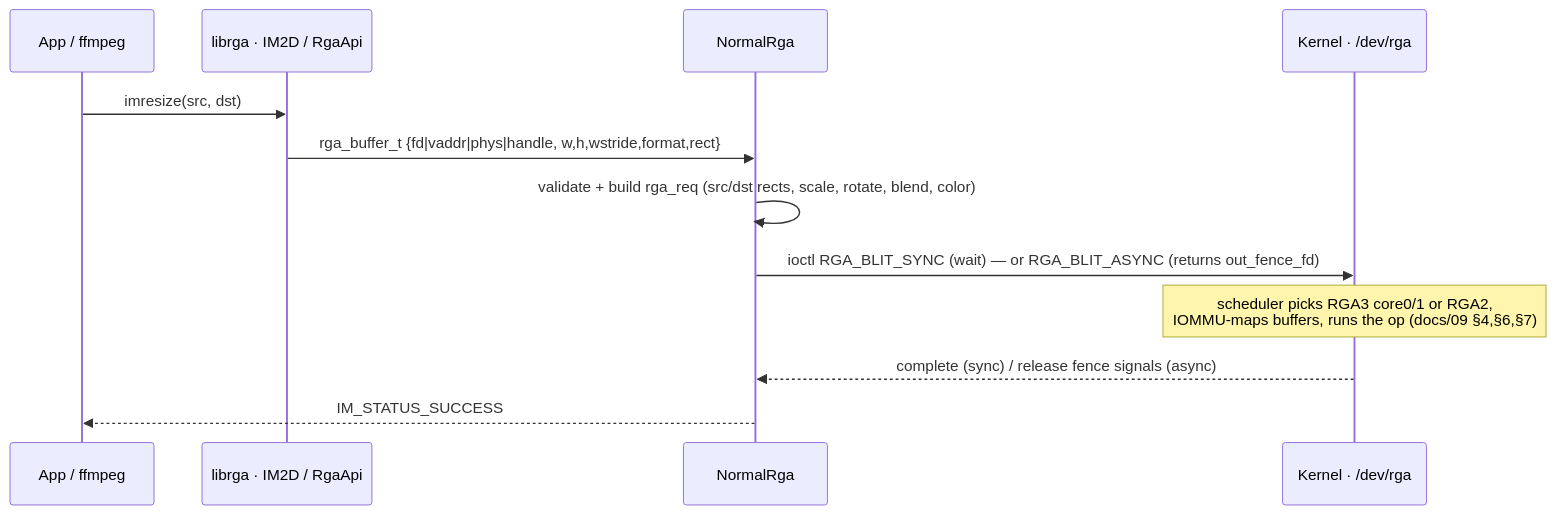
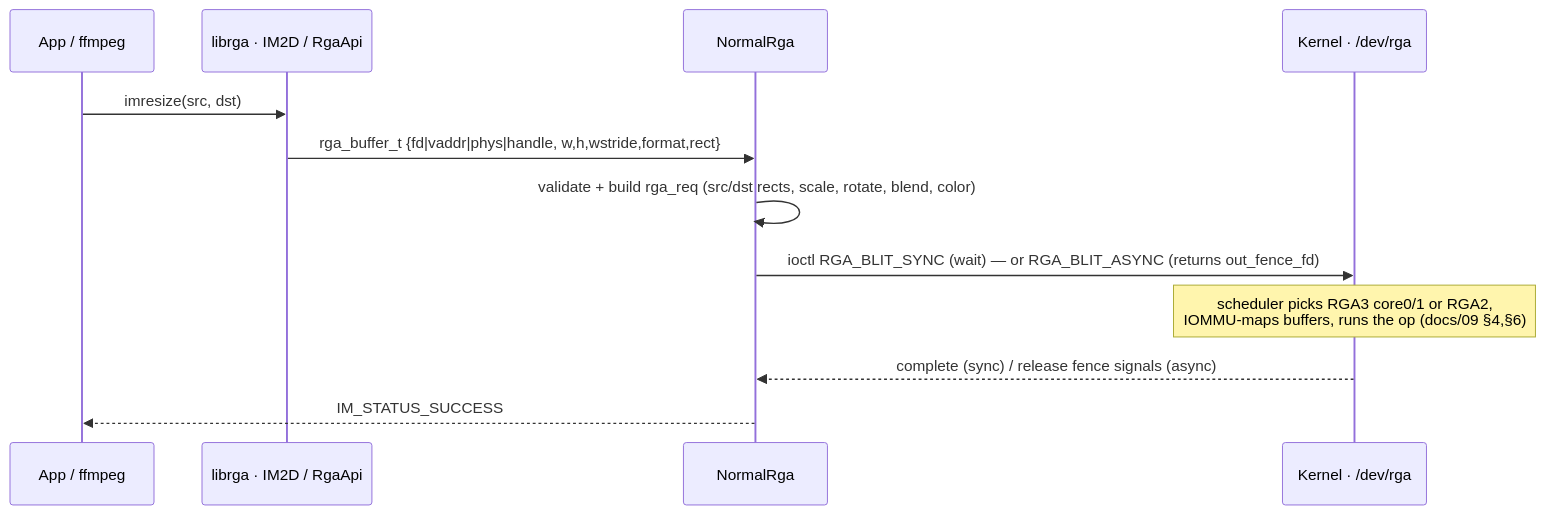
One commit to yisding/rock-5b-ysp changed the fifth of 6 diagrams in docs/10-how-the-userspace-libs-work.md. Above: the diagram before and after it, drawn with Mermaid. The commit also changed 7 other files, not shown here.

````diff
--- a/docs/10-how-the-userspace-libs-work.md
+++ b/docs/10-how-the-userspace-libs-work.md
@@ -287,14 +287,14 @@
 ```mermaid
 sequenceDiagram
   participant A as App / ffmpeg
   participant L as librga · IM2D / RgaApi
   participant N as NormalRga
   participant K as Kernel · /dev/rga
   A->>L: imresize(src, dst)
   L->>N: rga_buffer_t {fd|vaddr|phys|handle, w,h,wstride,format,rect}
   N->>N: validate + build rga_req (src/dst rects, scale, rotate, blend, color)
   N->>K: ioctl RGA_BLIT_SYNC (wait) — or RGA_BLIT_ASYNC (returns out_fence_fd)
-  Note over K: scheduler picks RGA3 core0/1 or RGA2,<br/>IOMMU-maps buffers, runs the op (docs/09 §4,§6,§7)
+  Note over K: scheduler picks RGA3 core0/1 or RGA2,<br/>IOMMU-maps buffers, runs the op (docs/09 §4,§6)
   K-->>N: complete (sync) / release fence signals (async)
   N-->>A: IM_STATUS_SUCCESS
 ```
````
